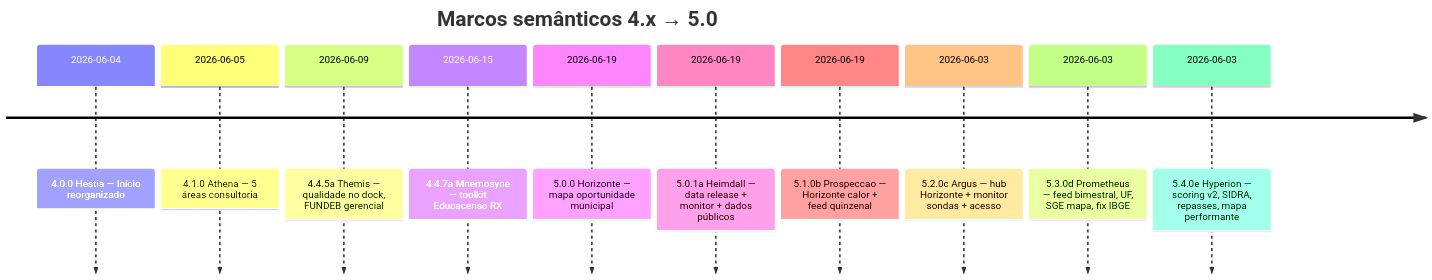
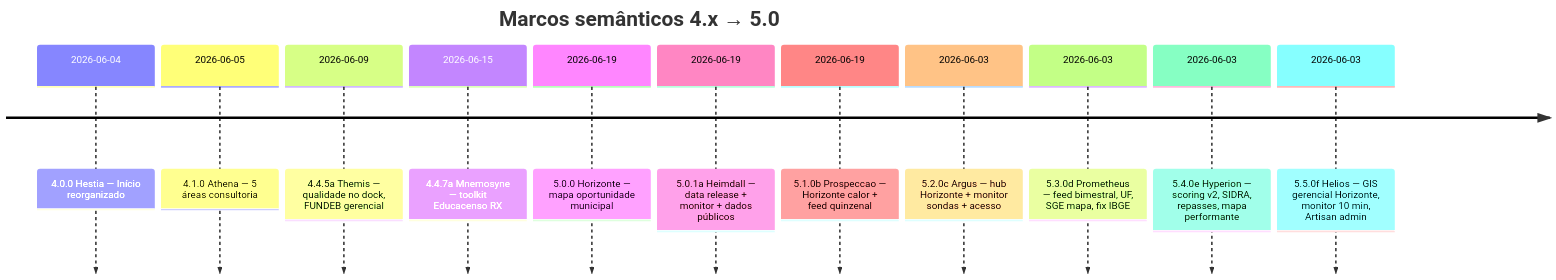
One commit to JaderGabriel/serventec-servlitcys changed the diagram in docs/HISTORICO_VERSOES.md. Above: the diagram before and after it, drawn with Mermaid. The commit also changed other lines of this file and 31 other files, not shown here.

First line of the commit message:
Release 5.5.0 Helios: refina login e home e consolida Horizonte GIS.

````diff
--- a/docs/HISTORICO_VERSOES.md
+++ b/docs/HISTORICO_VERSOES.md
@@ -20,14 +20,15 @@
 ```mermaid
 timeline
     title Marcos semânticos 4.x → 5.0
     2026-06-04 : 4.0.0 Hestia — Início reorganizado
     2026-06-05 : 4.1.0 Athena — 5 áreas consultoria
     2026-06-09 : 4.4.5a Themis — qualidade no dock, FUNDEB gerencial
     2026-06-15 : 4.4.7a Mnemosyne — toolkit Educacenso RX
     2026-06-19 : 5.0.0 Horizonte — mapa oportunidade municipal
     2026-06-19 : 5.0.1a Heimdall — data release + monitor + dados públicos
     2026-06-19 : 5.1.0b Prospeccao — Horizonte calor + feed quinzenal
     2026-06-03 : 5.2.0c Argus — hub Horizonte + monitor sondas + acesso
     2026-06-03 : 5.3.0d Prometheus — feed bimestral, UF, SGE mapa, fix IBGE
     2026-06-03 : 5.4.0e Hyperion — scoring v2, SIDRA, repasses, mapa performante
+    2026-06-03 : 5.5.0f Helios — GIS gerencial Horizonte, monitor 10 min, Artisan admin
 ```
````
